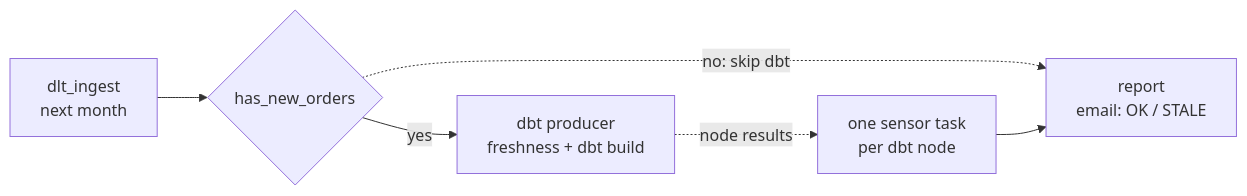
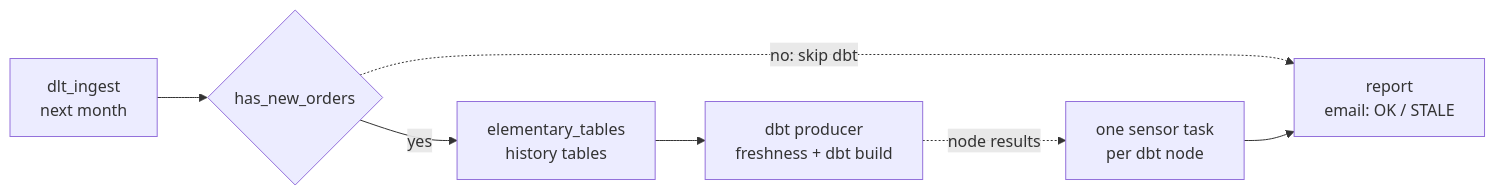
Before and after one commit to ShuCiG/olist-analytics-dbt: the fourth of 4 diagrams in README.md, drawn with Mermaid. The commit also changed other lines of this file and 15 other files, not shown here.

````diff
--- a/README.md
+++ b/README.md
@@ -298,8 +326,9 @@
 ```mermaid
 flowchart LR
     ingest[dlt_ingest<br/>next month] --> gate{has_new_orders}
-    gate -- yes --> producer[dbt producer<br/>freshness + dbt build]
+    gate -- yes --> elem[elementary_tables<br/>history tables]
+    elem --> producer[dbt producer<br/>freshness + dbt build]
     gate -. no: skip dbt .-> report
     producer -. node results .-> sensors[one sensor task<br/>per dbt node]
     sensors --> report[report<br/>email: OK / STALE]
 ```
````
